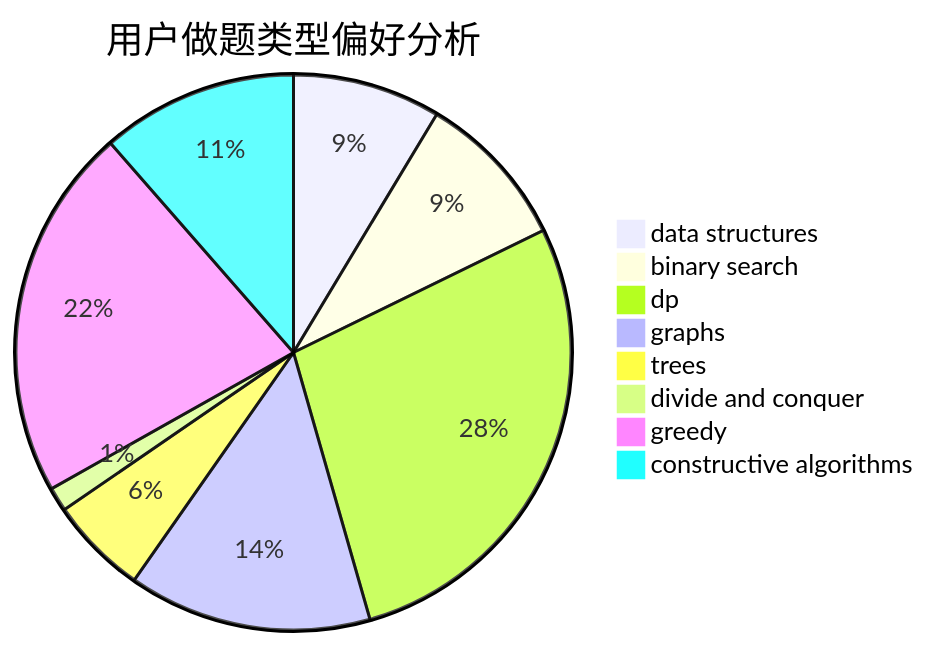
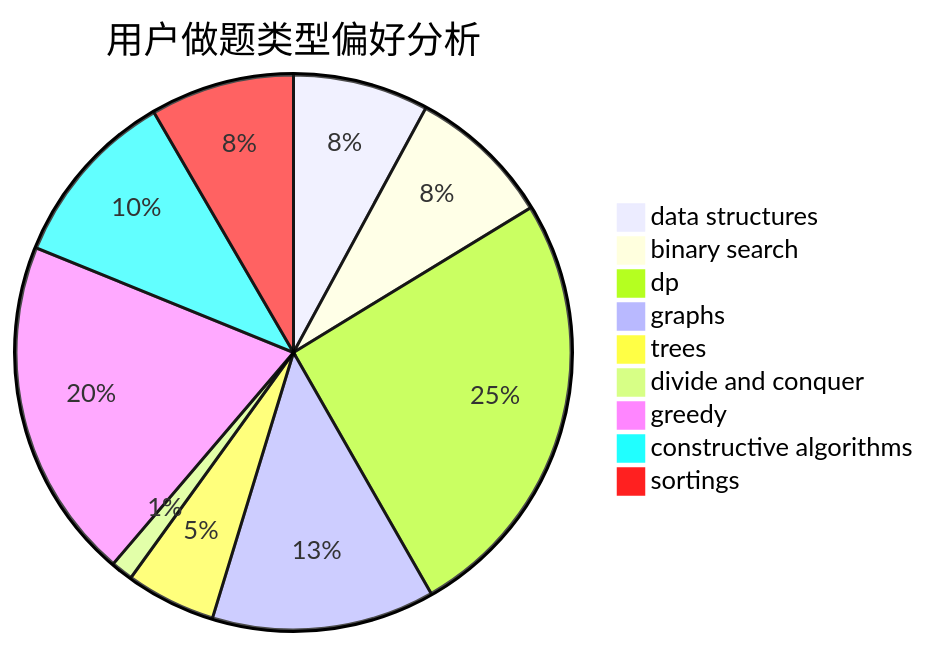
The second of 3 diagrams in docs/user/u1168.md (sherpahu/cfrs.github.io), drawn with Mermaid before and after one commit. The commit also changed other lines of this file and 2769 other files, not shown here.

````diff
--- a/docs/user/u1168.md
+++ b/docs/user/u1168.md
@@ -23,11 +18,12 @@
 ```mermaid
 pie title 用户做题类型偏好分析
     "data structures" :  98
     "binary search" :  104
     "dp" :  316
     "graphs" :  161
     "trees" :  65
     "divide and conquer" :  16
     "greedy" :  247
     "constructive algorithms" :  130
+    "sortings" :  104
 ```
````
